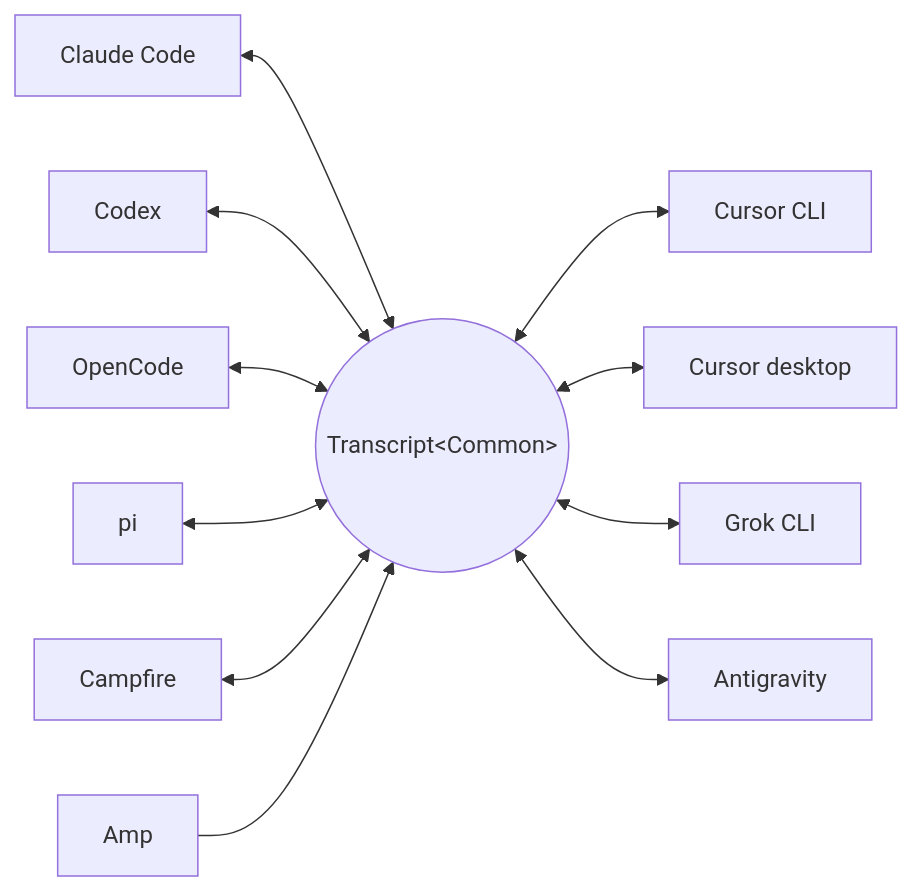
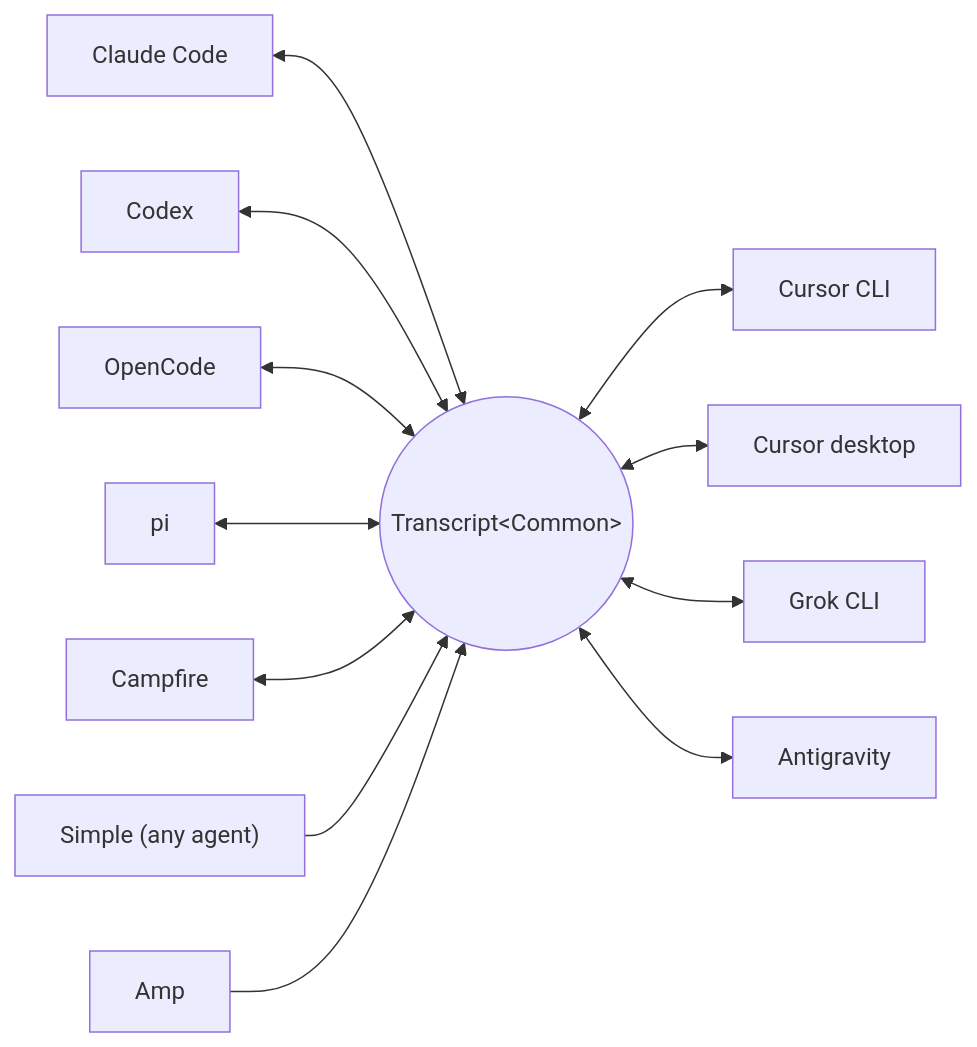
One commit to Adityakk9031/txcript changed the diagram in README.md. Above: the diagram before and after it, drawn with Mermaid. The commit also changed other lines of this file and 12 other files, not shown here.

````diff
--- a/README.md
+++ b/README.md
@@ -59,13 +60,14 @@
 ```mermaid
 flowchart LR
     claude["Claude Code"] <--> common(("Transcript&lt;Common&gt;"))
     codex["Codex"] <--> common
     opencode["OpenCode"] <--> common
     pi["pi"] <--> common
     campfire["Campfire"] <--> common
     common <--> cursor["Cursor CLI"]
     common <--> cursordesktop["Cursor desktop"]
     common <--> grok["Grok CLI"]
     common <--> antigravity["Antigravity"]
+    simple["Simple (any agent)"] --> common
     amp["Amp"] --> common
 ```
````
